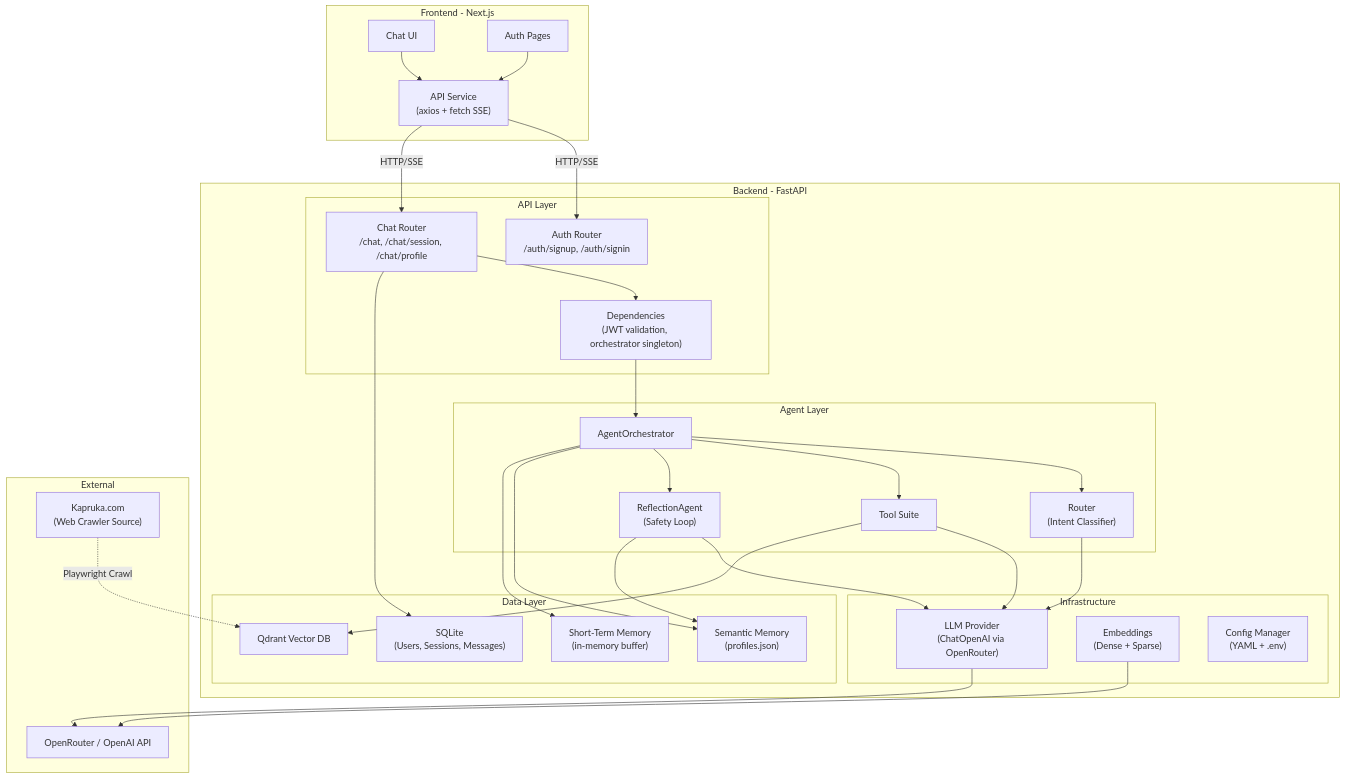
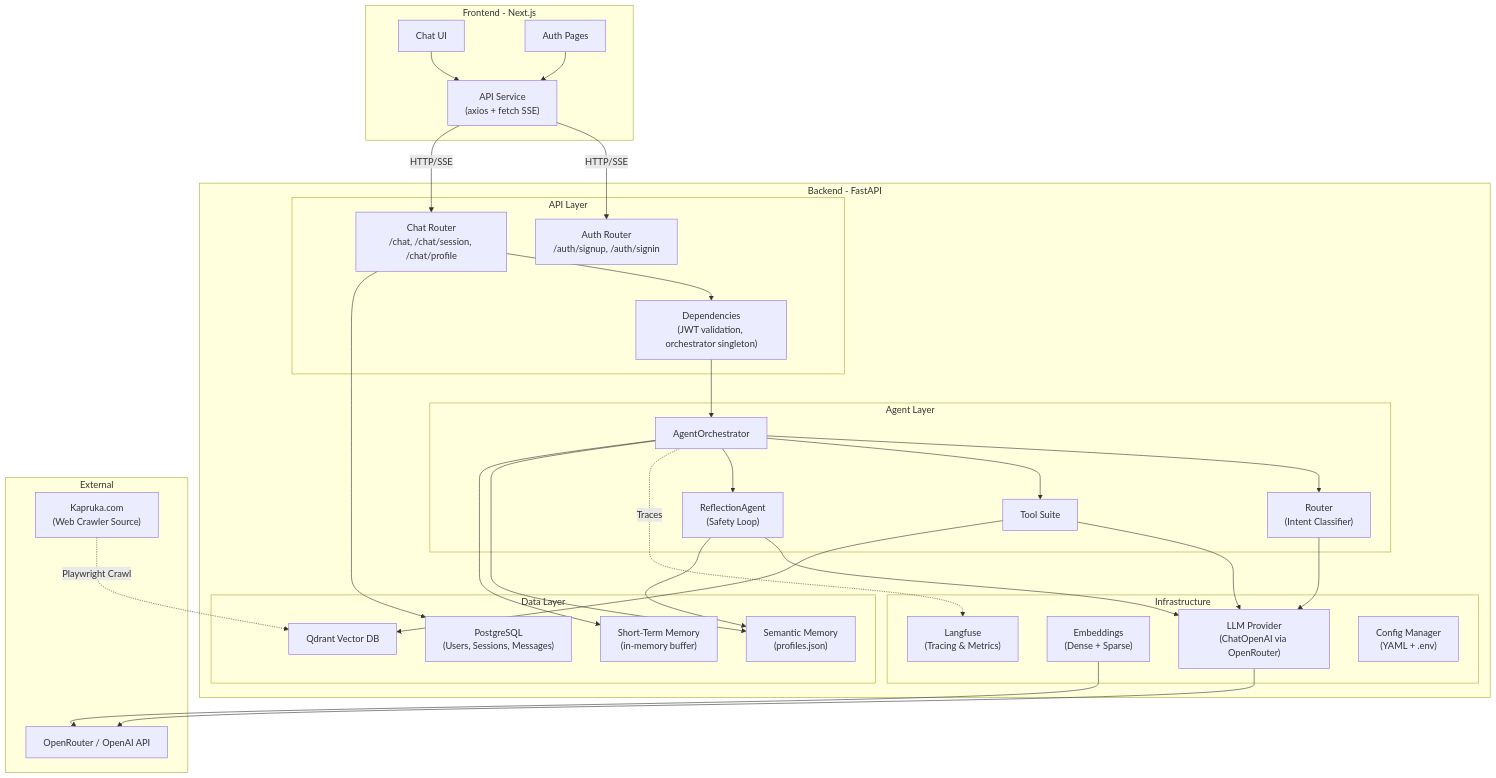
Before and after one commit to AsinduDeSilva/kapruka-gift-concierge: the first of 11 diagrams in ARCHITECTURE.md, drawn with Mermaid. The commit also changed other lines of this file and 3 other files, not shown here.

````diff
--- a/ARCHITECTURE.md
+++ b/ARCHITECTURE.md
@@ -27,62 +27,64 @@
 ```mermaid
 graph TB
     subgraph "Frontend - Next.js"
         UI["Chat UI"]
         Auth["Auth Pages"]
         API_SVC["API Service<br/>(axios + fetch SSE)"]
     end
 
     subgraph "Backend - FastAPI"
         subgraph "API Layer"
             AUTH_R["Auth Router<br/>/auth/signup, /auth/signin"]
             CHAT_R["Chat Router<br/>/chat, /chat/session, /chat/profile"]
             DEPS["Dependencies<br/>(JWT validation, orchestrator singleton)"]
         end
 
         subgraph "Agent Layer"
             ORCH["AgentOrchestrator"]
             ROUTER["Router<br/>(Intent Classifier)"]
             TOOLS["Tool Suite"]
             REFLECT["ReflectionAgent<br/>(Safety Loop)"]
         end
 
         subgraph "Infrastructure"
             LLM["LLM Provider<br/>(ChatOpenAI via OpenRouter)"]
             EMB["Embeddings<br/>(Dense + Sparse)"]
+            OBSERVABILITY["Langfuse<br/>(Tracing & Metrics)"]
             CONFIG["Config Manager<br/>(YAML + .env)"]
         end
 
         subgraph "Data Layer"
             QDRANT["Qdrant Vector DB"]
-            SQLITE["SQLite<br/>(Users, Sessions, Messages)"]
+            POSTGRESQL["PostgreSQL<br/>(Users, Sessions, Messages)"]
             SEM_MEM["Semantic Memory<br/>(profiles.json)"]
             ST_MEM["Short-Term Memory<br/>(in-memory buffer)"]
         end
     end
 
     subgraph "External"
         LLM_API["OpenRouter / OpenAI API"]
         KAPRUKA["Kapruka.com<br/>(Web Crawler Source)"]
     end
 
     UI --> API_SVC
     Auth --> API_SVC
     API_SVC -->|"HTTP/SSE"| AUTH_R
     API_SVC -->|"HTTP/SSE"| CHAT_R
     CHAT_R --> DEPS
     DEPS --> ORCH
     ORCH --> ROUTER
     ORCH --> TOOLS
     ORCH --> REFLECT
     ROUTER --> LLM
     TOOLS --> LLM
     TOOLS --> QDRANT
     REFLECT --> LLM
     REFLECT --> SEM_MEM
     LLM --> LLM_API
     EMB --> LLM_API
-    CHAT_R --> SQLITE
+    ORCH -.->|"Traces"| OBSERVABILITY
+    CHAT_R --> POSTGRESQL
     ORCH --> SEM_MEM
     ORCH --> ST_MEM
     KAPRUKA -.->|"Playwright Crawl"| QDRANT
 ```
````
